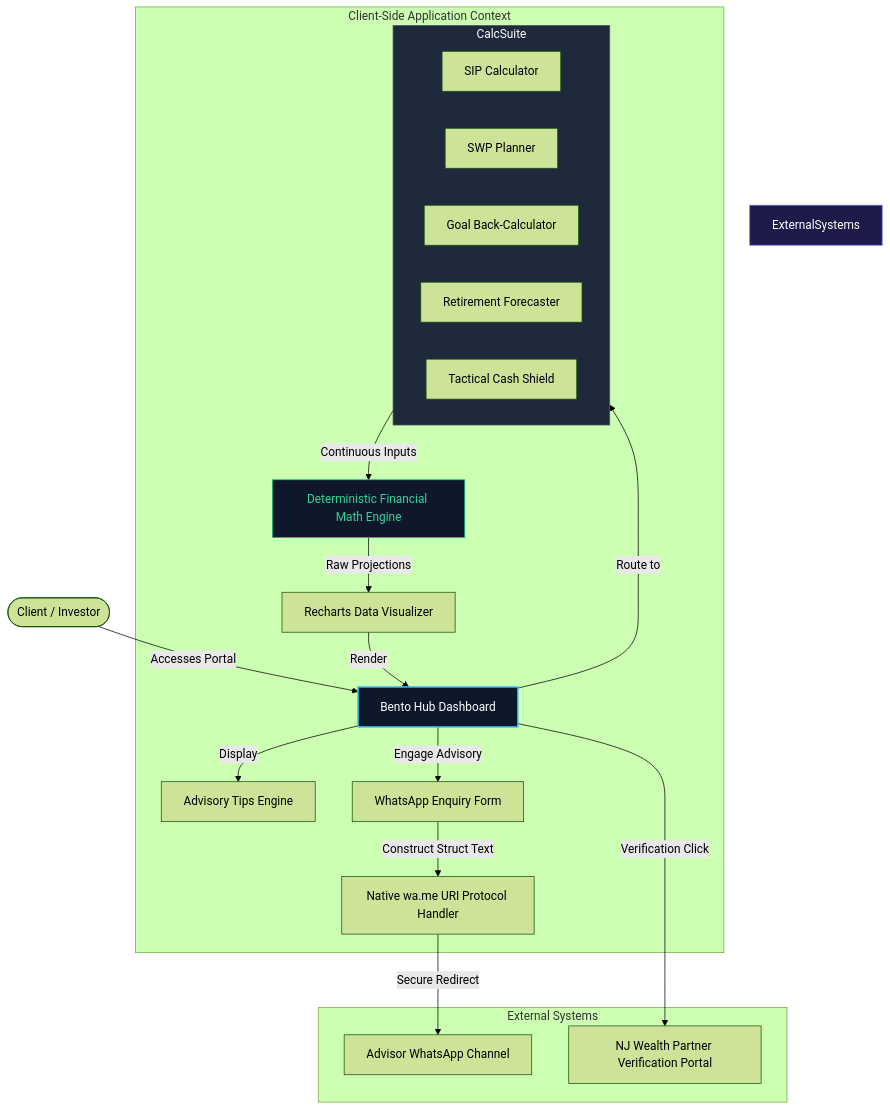
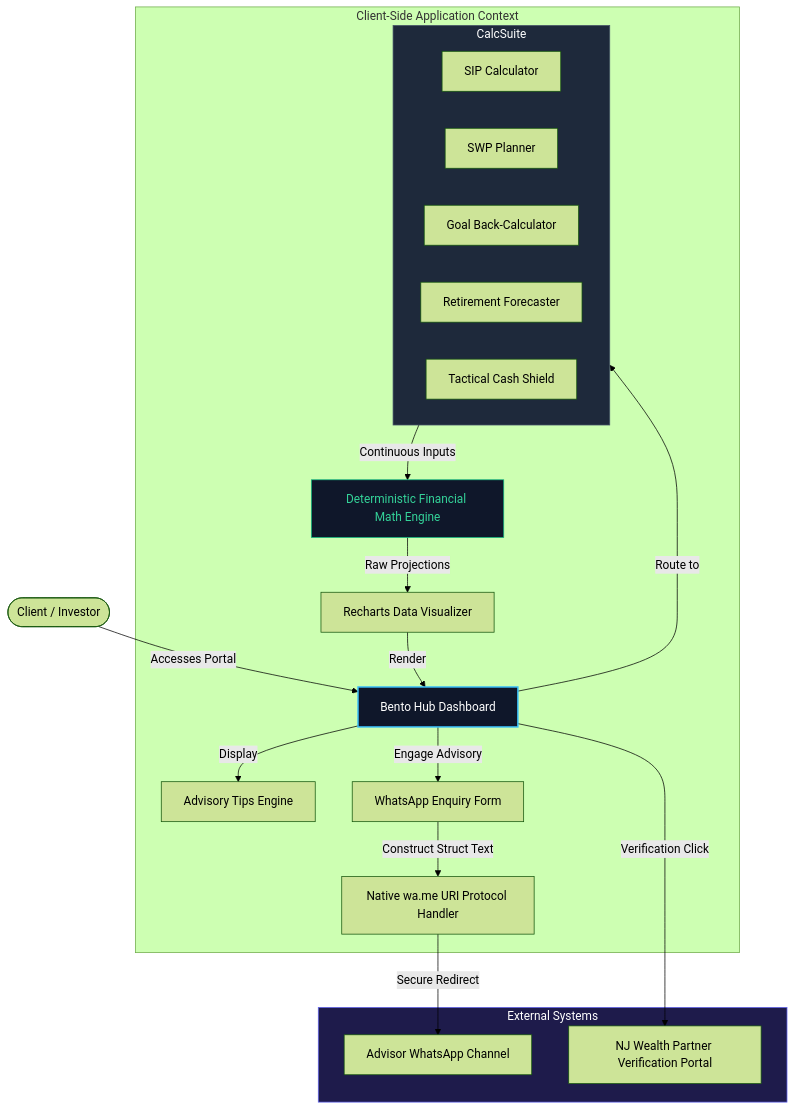
The diagram in README.md (shubhamdalvi2002/finncap.in), drawn with Mermaid (forest theme) before and after one commit.

Commit message:
Rename subgraph 'External Systems' to 'ExtSystems'

````diff
--- a/README.md
+++ b/README.md
@@ -40,34 +40,34 @@
 ```mermaid
 graph TD
     Client([Client / Investor]) -->|Accesses Portal| UI[Bento Hub Dashboard]
     
-    subgraph Client-Side Application Context
+    subgraph ClientSideContext ["Client-Side Application Context"]
         UI -->|Route to| CalcSuite[Interactive Calculator Engines]
         UI -->|Display| AdvisoryCarousel[Advisory Tips Engine]
         
         subgraph CalcSuite
             SIP[SIP Calculator]
             SWP[SWP Planner]
             Goal[Goal Back-Calculator]
             Retire[Retirement Forecaster]
             Shield[Tactical Cash Shield]
         end
         
         CalcSuite -->|Continuous Inputs| MathEngine[Deterministic Financial Math Engine]
         MathEngine -->|Raw Projections| ChartEngine[Recharts Data Visualizer]
         ChartEngine -->|Render| UI
         
         UI -->|Engage Advisory| LeadEngine[WhatsApp Enquiry Form]
         LeadEngine -->|Construct Struct Text| WAProtocol[Native wa.me URI Protocol Handler]
     end
     
-    subgraph External Systems
+    subgraph ExtSystems ["External Systems"]
         WAProtocol -->|Secure Redirect| WAApp[Advisor WhatsApp Channel]
         UI -->|Verification Click| NJVerification[NJ Wealth Partner Verification Portal]
     end
 
     style UI fill:#0f172a,stroke:#38bdf8,stroke-width:2px,color:#fff
     style CalcSuite fill:#1e293b,stroke:#475569,stroke-width:1px,color:#fff
     style MathEngine fill:#0f172a,stroke:#10b981,stroke-width:1px,color:#34d399
-    style ExternalSystems fill:#1e1b4b,stroke:#6366f1,stroke-width:1px,color:#fff
+    style ExtSystems fill:#1e1b4b,stroke:#6366f1,stroke-width:1px,color:#fff
 ```
````
